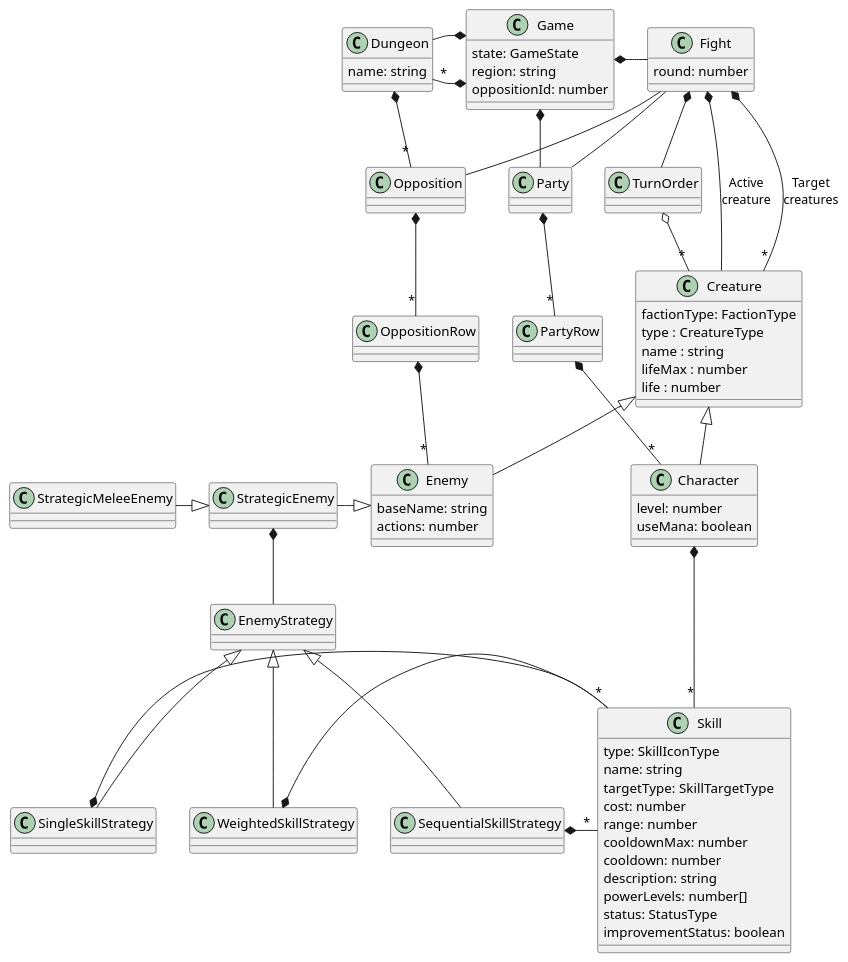
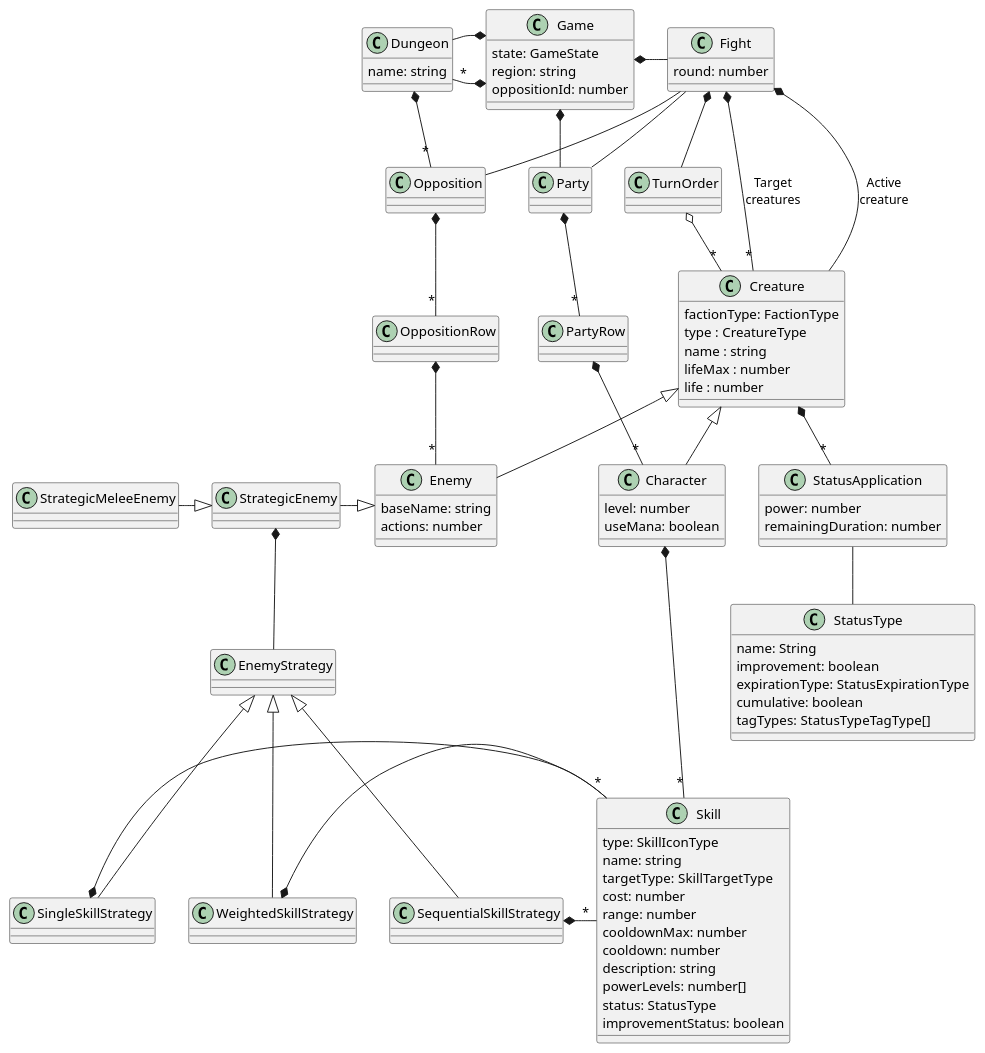
Before and after one commit to fbeaufume/draconis: the diagram in doc/model.puml, drawn with PlantUML. The commit also changed 5 other files, not shown here.

Commit message:
Refactored the status type attributes

```diff
--- a/doc/model.puml
+++ b/doc/model.puml
@@ -1,110 +1,125 @@
 @startuml
 
 class Game {
   state: GameState
   region: string
   oppositionId: number
 }
 
 class Dungeon {
   name: string
 }
 
 class Fight {
   round: number
 }
 
 class Party {
 }
 
 class PartyRow {
 }
 
 class Opposition {
 }
 
 class OppositionRow {
 }
 
 class TurnOrder {
 }
 
 class Creature {
   factionType: FactionType
   type : CreatureType
   name : string
   lifeMax : number
   life : number
+}
+
+class StatusApplication {
+  power: number
+  remainingDuration: number
+}
+
+class StatusType {
+  name: String
+  improvement: boolean
+  expirationType: StatusExpirationType
+  cumulative: boolean
+  tagTypes: StatusTypeTagType[]
 }
 
 class Character {
   level: number
   useMana: boolean
 }
 
 class Enemy {
   baseName: string
   actions: number
 }
 
 class StrategicEnemy {
 }
 
 class StrategicMeleeEnemy {
 }
 
 class EnemyStrategy {
 }
 
 class SingleSkillStrategy {
 }
 
 class WeightedSkillStrategy {
 }
 
 class SequentialSkillStrategy {
 }
 
 class Skill {
   type: SkillIconType
   name: string
   targetType: SkillTargetType
   cost: number
   range: number
   cooldownMax: number
   cooldown: number
   description: string
   powerLevels: number[]
   status: StatusType
   improvementStatus: boolean
 }
 
 Game *-left- "*" Dungeon
 Game *-left- Dungeon
 Game *-right- Fight
 Game *-- Party
 Dungeon *-- "*" Opposition
 Fight -- Party
 Fight -- Opposition
 Fight *-- TurnOrder
 Fight *-- Creature : "Active\ncreature"
 Fight *-- "*" Creature : "Target\ncreatures"
 TurnOrder o-- "*" Creature
 Party *-- "*" PartyRow
 PartyRow *-- "*" Character
 Opposition *-- "*" OppositionRow
 OppositionRow *-- "*" Enemy
+Creature *-- "*" StatusApplication
+StatusApplication -- StatusType
 Creature <|-- Character
 Character *-- "*" Skill
 Creature <|-- Enemy
 Enemy <|-right- StrategicEnemy
 StrategicEnemy <|-left- StrategicMeleeEnemy
 StrategicEnemy *-- EnemyStrategy
 EnemyStrategy <|-- SingleSkillStrategy
 SingleSkillStrategy *-right- Skill
 EnemyStrategy <|-- WeightedSkillStrategy
 EnemyStrategy <|-- SequentialSkillStrategy
 WeightedSkillStrategy *-right- "*" Skill
 SequentialSkillStrategy *-right- "*" Skill
 
 @enduml
```
